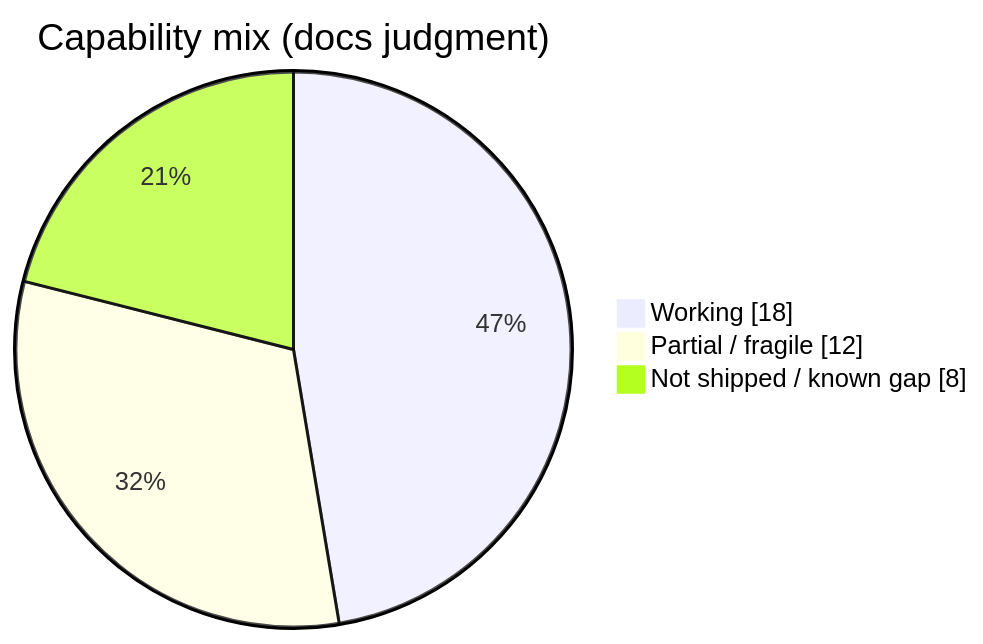
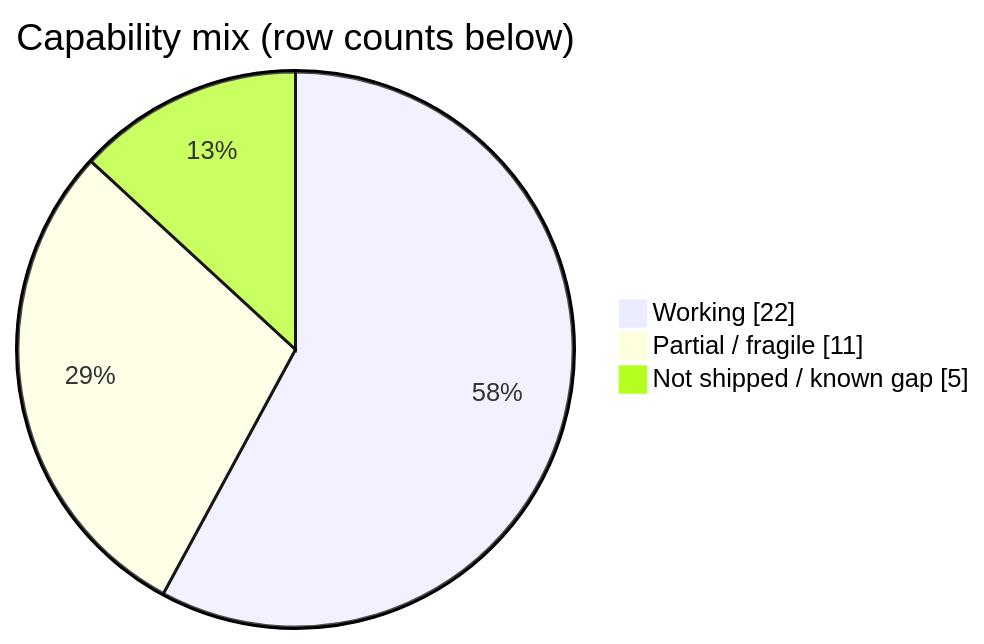
The first of 2 diagrams in docs/status.md (ndolinschi/Octo), drawn with Mermaid before and after one commit. The commit also changed other lines of this file and 21 other files, not shown here.

````diff
--- a/docs/status.md
+++ b/docs/status.md
@@ -7,7 +7,7 @@
 ```mermaid
 pie showData
-  title Capability mix (docs judgment)
-  "Working" : 18
-  "Partial / fragile" : 12
-  "Not shipped / known gap" : 8
+  title Capability mix (row counts below)
+  "Working" : 22
+  "Partial / fragile" : 11
+  "Not shipped / known gap" : 5
 ```
````
